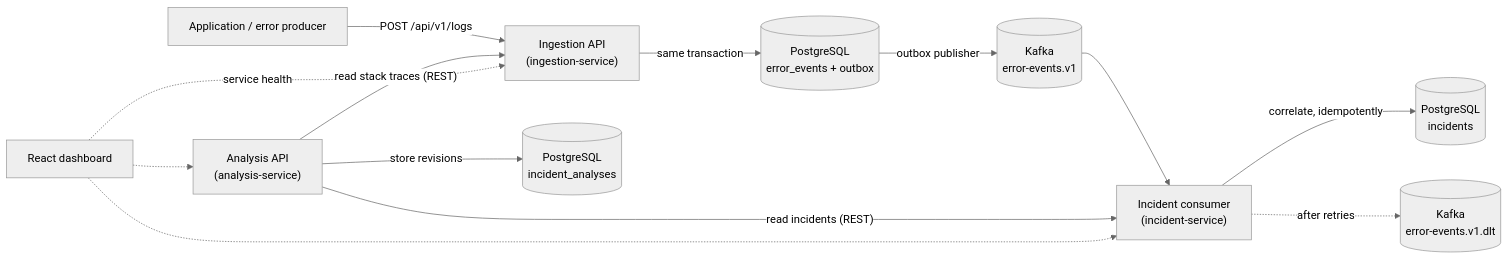
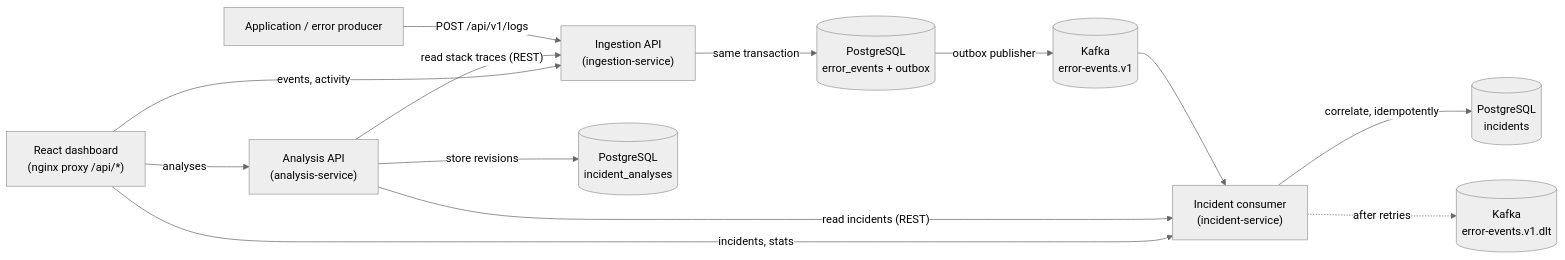
Before and after one commit to rciripireddy/ai-software-debugging-root-cause-platform: the diagram in README.md, drawn with Mermaid (neutral theme). The commit also changed other lines of this file and 100 other files, not shown here.

````diff
--- a/README.md
+++ b/README.md
@@ -65,15 +67,15 @@
 ```mermaid
 flowchart LR
     apps["Application / error producer"] -->|"POST /api/v1/logs"| ingestion["Ingestion API<br/>(ingestion-service)"]
     ingestion -->|"same transaction"| store[("PostgreSQL<br/>error_events + outbox")]
     store -->|"outbox publisher"| kafka[("Kafka<br/>error-events.v1")]
     kafka --> consumer["Incident consumer<br/>(incident-service)"]
     consumer -->|"correlate, idempotently"| incidents[("PostgreSQL<br/>incidents")]
     consumer -.->|"after retries"| dlt[("Kafka<br/>error-events.v1.dlt")]
     analysis["Analysis API<br/>(analysis-service)"] -->|"read incidents (REST)"| consumer
     analysis -->|"read stack traces (REST)"| ingestion
     analysis -->|"store revisions"| analyses[("PostgreSQL<br/>incident_analyses")]
-    ui["React dashboard"] -.->|"service health"| ingestion
-    ui -.-> consumer
-    ui -.-> analysis
+    ui["React dashboard<br/>(nginx proxy /api/*)"] -->|"events, activity"| ingestion
+    ui -->|"incidents, stats"| consumer
+    ui -->|"analyses"| analysis
 ```
````
